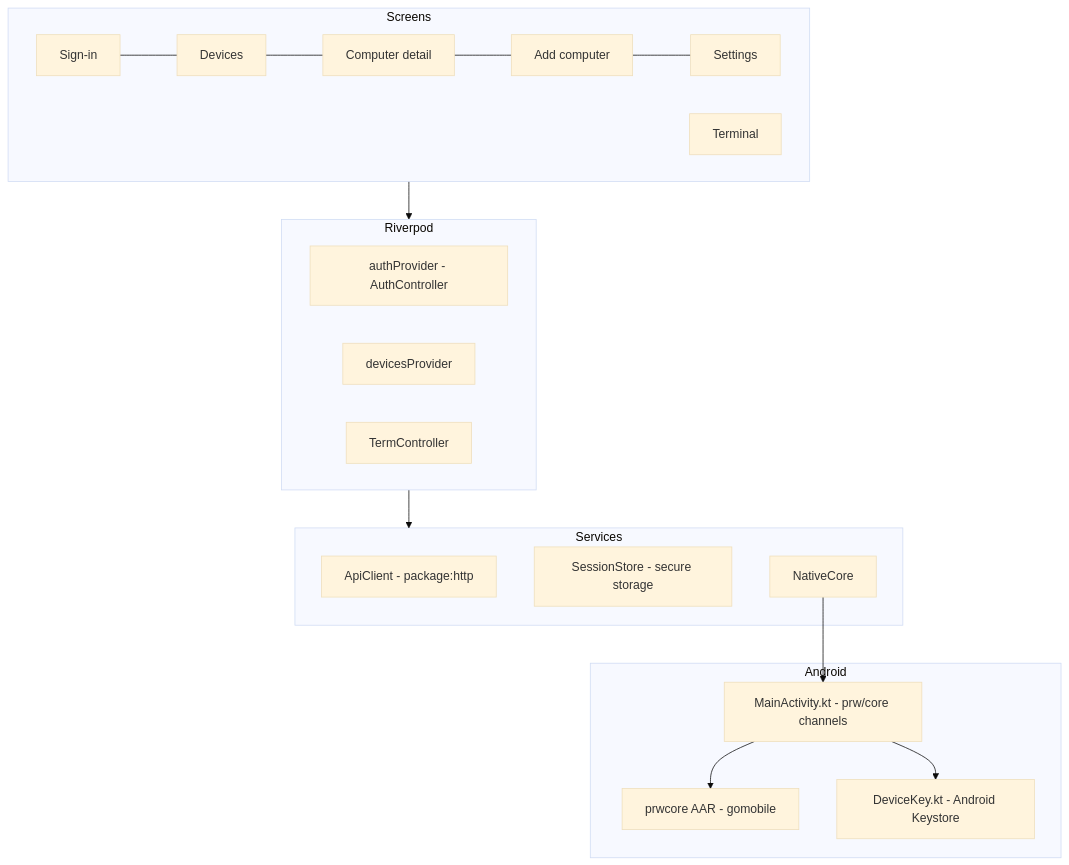
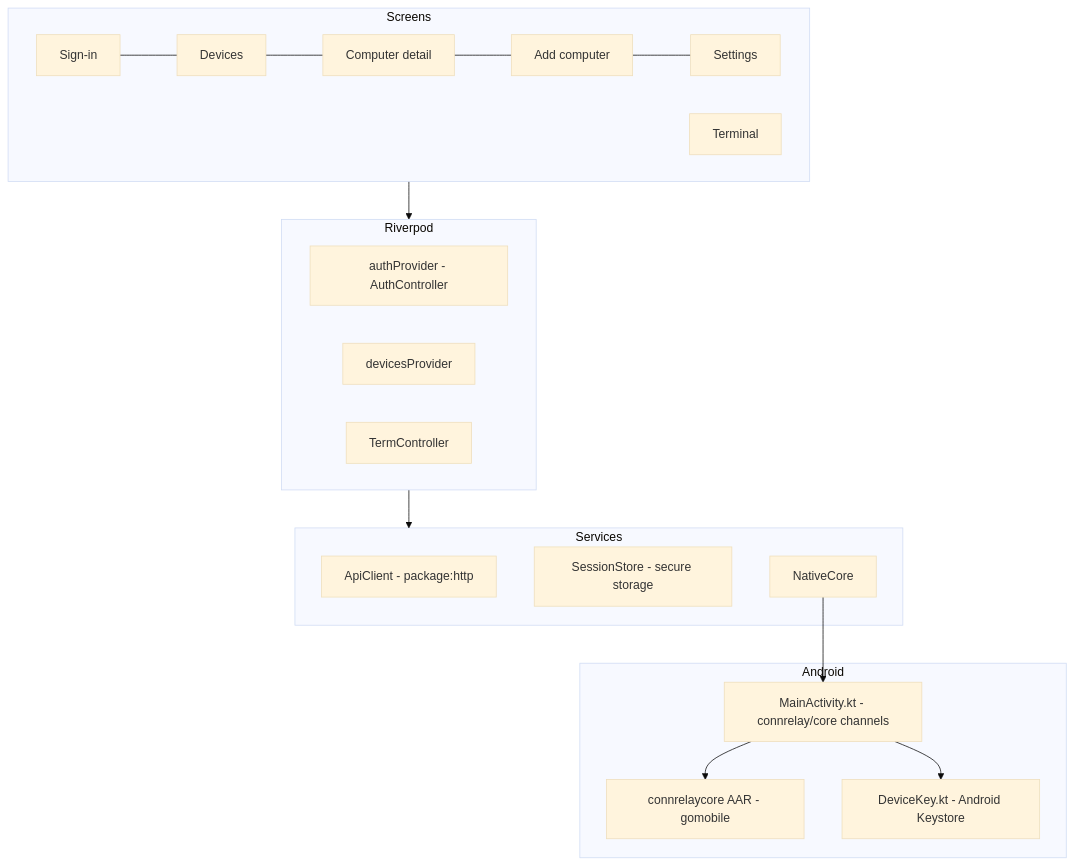
The first of 3 diagrams in docs/components/mobile-app.md (rohansen856/ConnRelay), drawn with Mermaid (base theme) before and after one commit. The commit also changed other lines of this file and 17 other files, not shown here.

````diff
--- a/docs/components/mobile-app.md
+++ b/docs/components/mobile-app.md
@@ -20,19 +20,19 @@
 ```mermaid
 flowchart TB
   subgraph UI[Screens]
     SI[Sign-in] --- D[Devices] --- DD[Computer detail] --- P[Add computer] --- ST[Settings]
     T[Terminal]
   end
   subgraph State[Riverpod]
     Auth[authProvider - AuthController] ; Dev[devicesProvider] ; Term[TermController]
   end
   subgraph Data[Services]
     API[ApiClient - package:http] ; Store[SessionStore - secure storage] ; Native[NativeCore]
   end
   subgraph Android
-    MA[MainActivity.kt - prw/core channels] ; Core[prwcore AAR - gomobile] ; KS[DeviceKey.kt - Android Keystore]
+    MA[MainActivity.kt - connrelay/core channels] ; Core[connrelaycore AAR - gomobile] ; KS[DeviceKey.kt - Android Keystore]
   end
   UI --> State --> Data
   Native --> MA --> Core
   MA --> KS
 ```
````
